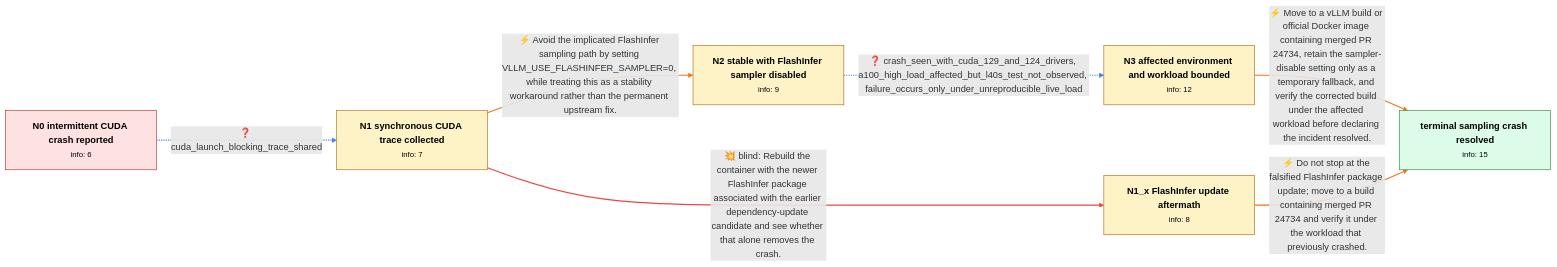
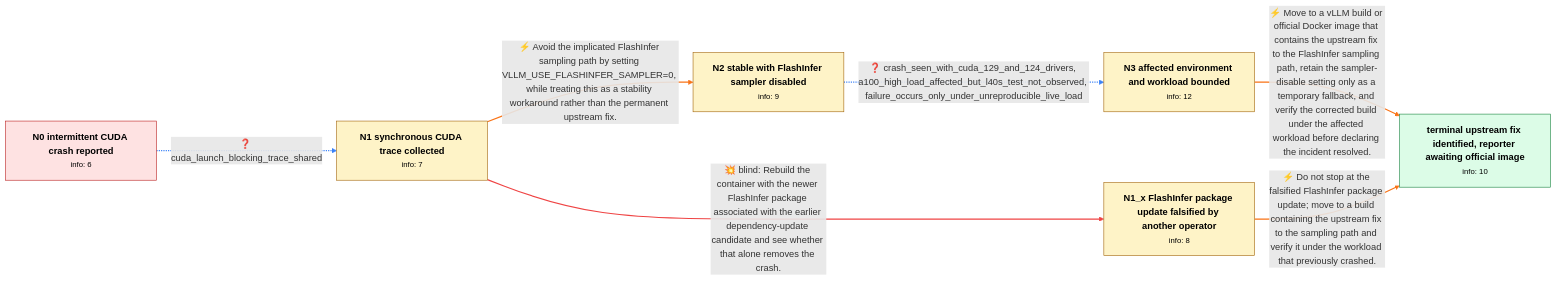
One commit to Chaoyi-He1/graph_bench changed the diagram in data/github_v0/review/gh_vllm-project_vllm_19483.md. Above: the diagram before and after it, drawn with Mermaid. The commit also changed other lines of this file and 87 other files, not shown here.

````diff
--- a/data/github_v0/review/gh_vllm-project_vllm_19483.md
+++ b/data/github_v0/review/gh_vllm-project_vllm_19483.md
@@ -10,30 +10,30 @@
 ```mermaid
 flowchart LR
     N0["<b>N0 intermittent CUDA crash reported</b><br/><small>info: 6</small>"]
     N1["<b>N1 synchronous CUDA trace collected</b><br/><small>info: 7</small>"]
-    N1_x["<b>N1_x FlashInfer update aftermath</b><br/><small>info: 8</small>"]
+    N1_x["<b>N1_x FlashInfer package update falsified by another operator</b><br/><small>info: 8</small>"]
     N2["<b>N2 stable with FlashInfer sampler disabled</b><br/><small>info: 9</small>"]
     N3["<b>N3 affected environment and workload bounded</b><br/><small>info: 12</small>"]
-    N_terminal["<b>terminal sampling crash resolved</b><br/><small>info: 15</small>"]
+    N_terminal["<b>terminal upstream fix identified, reporter awaiting official image</b><br/><small>info: 10</small>"]
     N0 -.->|"❓ cuda_launch_blocking_trace_shared"| N1
     linkStyle 0 stroke:#3b82f6,stroke-width:2px
     N1 ==>|"⚡ Avoid the implicated FlashInfer sampling path by setting VLLM_USE_FLASHINFER_SAMPLER=0, while treating this as a stability workaround rather than the permanent upstream fix."| N2
     linkStyle 1 stroke:#f97316,stroke-width:2px
     N1 ==>|"💥 blind: Rebuild the container with the newer FlashInfer package associated with the earlier dependency-update candidate and see whether that alone removes the crash."| N1_x
     linkStyle 2 stroke:#ef4444,stroke-width:2px
     N2 -.->|"❓ crash_seen_with_cuda_129_and_124_drivers, a100_high_load_affected_but_l40s_test_not_observed, failure_occurs_only_under_unreproducible_live_load"| N3
     linkStyle 3 stroke:#3b82f6,stroke-width:2px
-    N3 ==>|"⚡ Move to a vLLM build or official Docker image containing merged PR 24734, retain the sampler-disable setting only as a temporary fallback, and verify the corrected build under the affected workload before declaring the incident resolved."| N_terminal
+    N3 ==>|"⚡ Move to a vLLM build or official Docker image that contains the upstream fix to the FlashInfer sampling path, retain the sampler-disable setting only as a temporary fallback, and verify the corrected build under the affected workload before declaring the incident resolved."| N_terminal
     linkStyle 4 stroke:#f97316,stroke-width:2px
-    N1_x ==>|"⚡ Do not stop at the falsified FlashInfer package update; move to a build containing merged PR 24734 and verify it under the workload that previously crashed."| N_terminal
+    N1_x ==>|"⚡ Do not stop at the falsified FlashInfer package update; move to a build containing the upstream fix to the sampling path and verify it under the workload that previously crashed."| N_terminal
     linkStyle 5 stroke:#f97316,stroke-width:2px
     class N0 start
     class N1 normal
     class N1_x normal
     class N2 normal
     class N3 normal
     class N_terminal terminal
     classDef start fill:#fee2e2,stroke:#b91c1c,color:#000
     classDef terminal fill:#dcfce7,stroke:#15803d,color:#000
     classDef normal fill:#fef3c7,stroke:#a16207,color:#000
 ```
````
